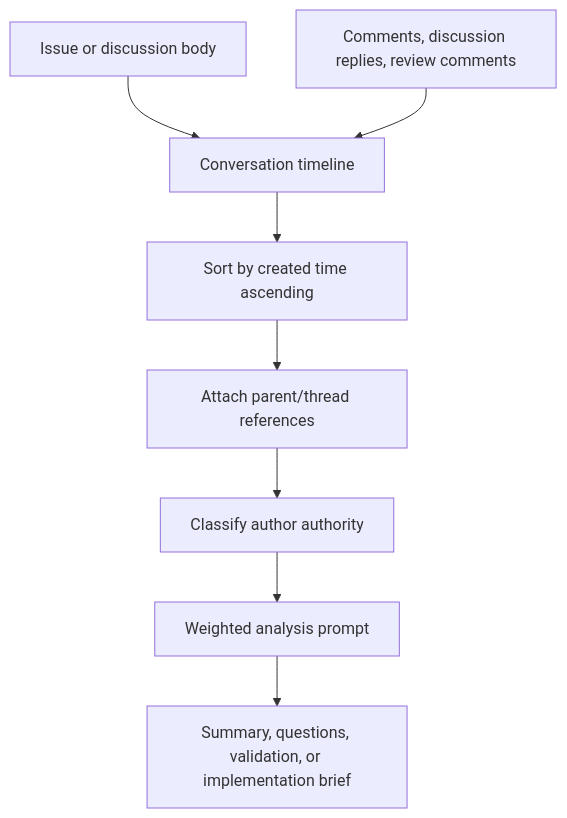
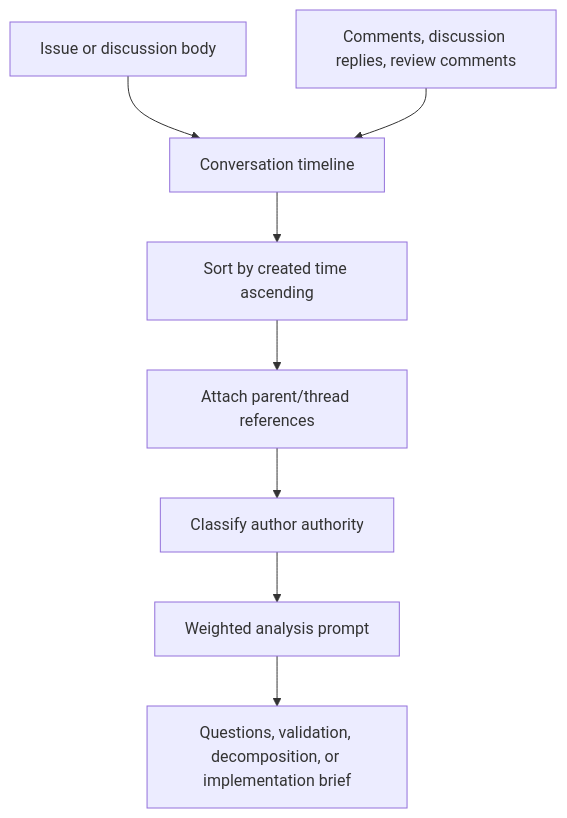
One commit to markhuangai/git-vibe changed the first of 2 diagrams in docs/AI.md. Above: the diagram before and after it, drawn with Mermaid. The commit also changed other lines of this file and 45 other files, not shown here.

````diff
--- a/docs/AI.md
+++ b/docs/AI.md
@@ -7,10 +7,10 @@
 ```mermaid
 flowchart TD
   A[Issue or discussion body] --> C[Conversation timeline]
   B[Comments, discussion replies, review comments] --> C
   C --> D[Sort by created time ascending]
   D --> E[Attach parent/thread references]
   E --> F[Classify author authority]
   F --> G[Weighted analysis prompt]
-  G --> H[Summary, questions, validation, or implementation brief]
+  G --> H[Questions, validation, decomposition, or implementation brief]
 ```
````
